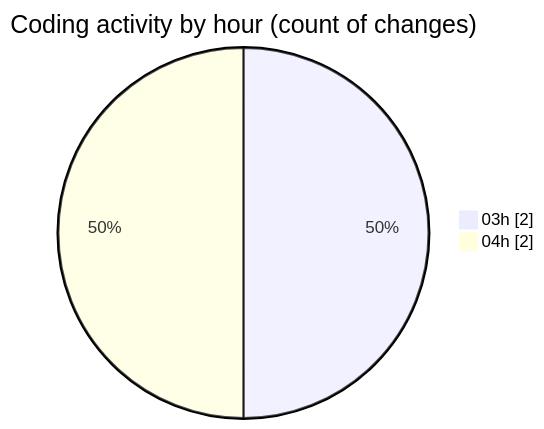
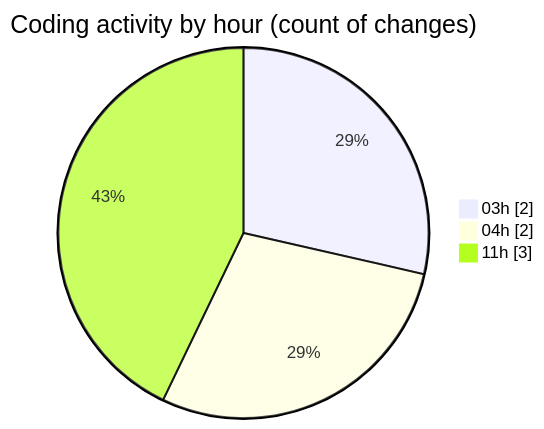
The second of 2 diagrams in 2025-07-04/cursor/README.md (FelipKnott/code-tracking), drawn with Mermaid before and after one commit. The commit also changed other lines of this file and 1 other file, not shown here.

````diff
--- a/2025-07-04/cursor/README.md
+++ b/2025-07-04/cursor/README.md
@@ -29,6 +32,7 @@
 ```mermaid
 pie showData
 title Coding activity by hour (count of changes)
 "03h" : 2
 "04h" : 2
+"11h" : 3
 ```
````
